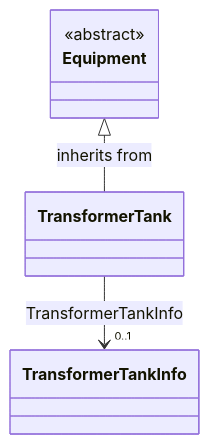
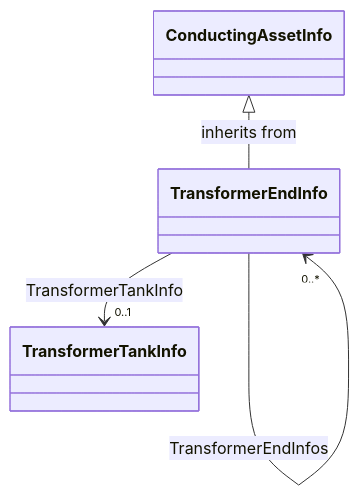
Before and after one commit to PNNL-CIM-Tools/CIM-Graph: the fifth of 14 diagrams in cimgraph/data_profile/cim18gmdm/asset/Asset.rdfs-t2b.md, drawn with Mermaid. The commit also changed other lines of this file and 3 other files, not shown here.

````diff
--- a/cimgraph/data_profile/cim18gmdm/asset/Asset.rdfs-t2b.md
+++ b/cimgraph/data_profile/cim18gmdm/asset/Asset.rdfs-t2b.md
@@ -538,17 +276,8 @@
 ```mermaid
 classDiagram
-direction TB
-
-class TransformerTank {
+class TransformerEndInfo{
 }
-
-class Equipment {
-<<abstract>>
-}
-
-Equipment <|-- TransformerTank : inherits from
-class TransformerTankInfo {
-}
-
-TransformerTank --> "0..1" TransformerTankInfo : TransformerTankInfo
+ConductingAssetInfo <|-- TransformerEndInfo : inherits from
+TransformerEndInfo --> "0..1" TransformerTankInfo : TransformerTankInfo
+TransformerEndInfo --> "0..*" TransformerEndInfo : TransformerEndInfos
 ```
````
